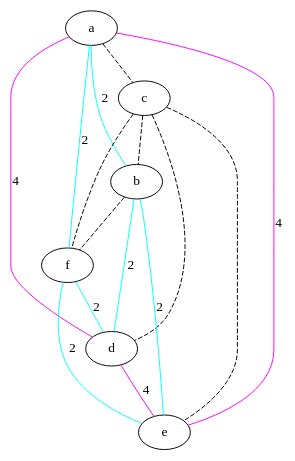
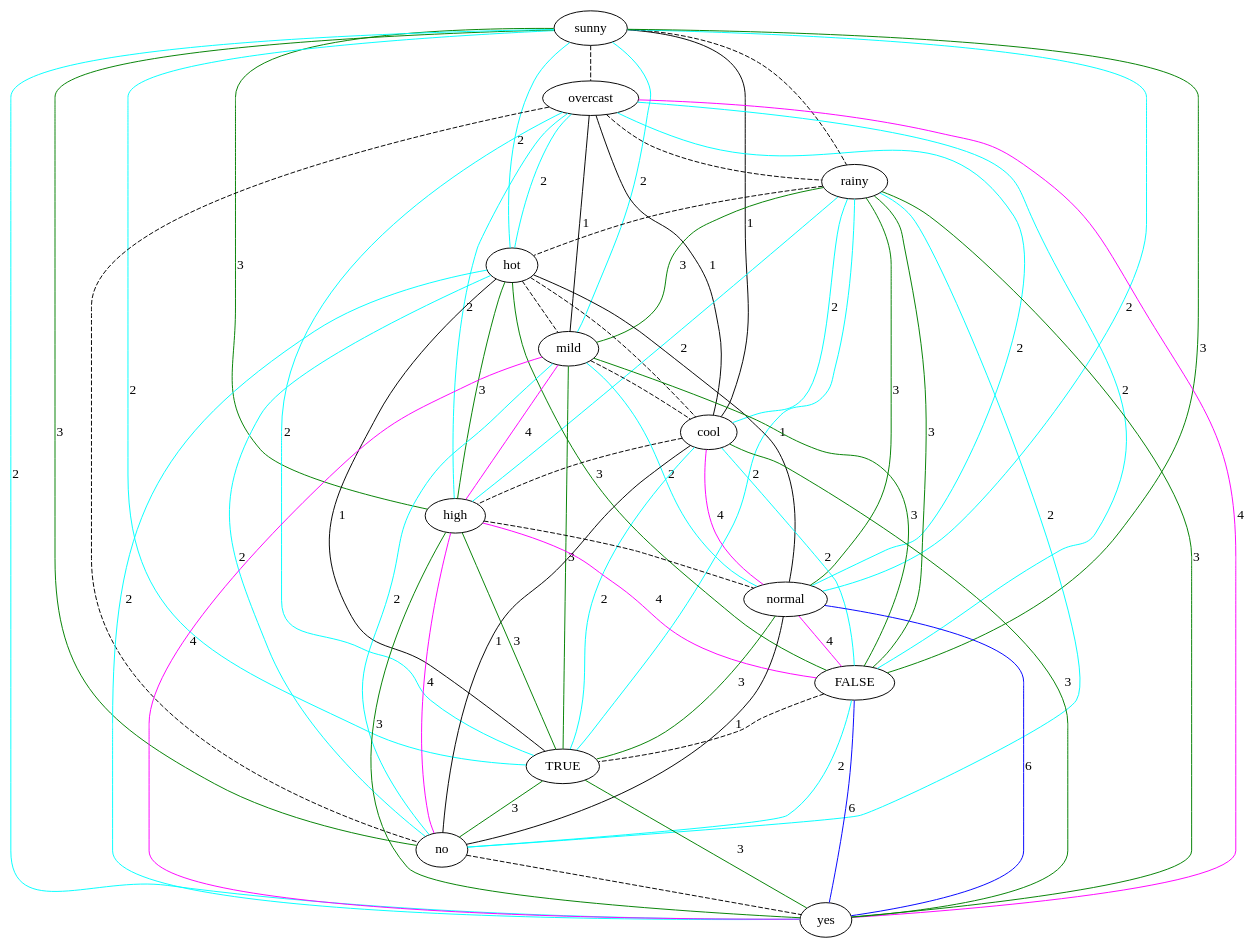
Before and after one commit to lrodrin/TFG: the diagram in src/final/linearGraph.dot, drawn with Graphviz. The commit also changed 2 other files, not shown here.

```diff
--- a/src/final/linearGraph.dot
+++ b/src/final/linearGraph.dot
@@ -1,23 +1,80 @@
 strict graph "" {
-a;
-c;
-b;
-f;
-d;
-e;
-a -- c  [color=black, style=dashed];
-a -- b  [color=cyan, label=2, style=solid];
-a -- f  [color=cyan, label=2, style=solid];
-a -- d  [color=magenta, label=4, style=solid];
-a -- e  [color=magenta, label=4, style=solid];
-c -- b  [color=black, style=dashed];
-c -- f  [color=black, style=dashed];
-c -- d  [color=black, style=dashed];
-c -- e  [color=black, style=dashed];
-b -- f  [color=black, style=dashed];
-b -- d  [color=cyan, label=2, style=solid];
-b -- e  [color=cyan, label=2, style=solid];
-f -- d  [color=cyan, label=2, style=solid];
-f -- e  [color=cyan, label=2, style=solid];
-d -- e  [color=magenta, label=4, style=solid];
+sunny;
+overcast;
+rainy;
+hot;
+mild;
+cool;
+high;
+normal;
+FALSE;
+TRUE;
+no;
+yes;
+sunny -- overcast  [color=black, style=dashed];
+sunny -- rainy  [color=black, style=dashed];
+sunny -- hot  [color=cyan, label=2, style=solid];
+sunny -- mild  [color=cyan, label=2, style=solid];
+sunny -- cool  [color=black, label=1, style=solid];
+sunny -- high  [color=green, label=3, style=solid];
+sunny -- normal  [color=cyan, label=2, style=solid];
+sunny -- FALSE  [color=green, label=3, style=solid];
+sunny -- TRUE  [color=cyan, label=2, style=solid];
+sunny -- no  [color=green, label=3, style=solid];
+sunny -- yes  [color=cyan, label=2, style=solid];
+overcast -- rainy  [color=black, style=dashed];
+overcast -- hot  [color=cyan, label=2, style=solid];
+overcast -- mild  [color=black, label=1, style=solid];
+overcast -- cool  [color=black, label=1, style=solid];
+overcast -- high  [color=cyan, label=2, style=solid];
+overcast -- normal  [color=cyan, label=2, style=solid];
+overcast -- FALSE  [color=cyan, label=2, style=solid];
+overcast -- TRUE  [color=cyan, label=2, style=solid];
+overcast -- no  [color=black, style=dashed];
+overcast -- yes  [color=magenta, label=4, style=solid];
+rainy -- hot  [color=black, style=dashed];
+rainy -- mild  [color=green, label=3, style=solid];
+rainy -- cool  [color=cyan, label=2, style=solid];
+rainy -- high  [color=cyan, label=2, style=solid];
+rainy -- normal  [color=green, label=3, style=solid];
+rainy -- FALSE  [color=green, label=3, style=solid];
+rainy -- TRUE  [color=cyan, label=2, style=solid];
+rainy -- no  [color=cyan, label=2, style=solid];
+rainy -- yes  [color=green, label=3, style=solid];
+hot -- mild  [color=black, style=dashed];
+hot -- cool  [color=black, style=dashed];
+hot -- high  [color=green, label=3, style=solid];
+hot -- normal  [color=black, label=1, style=solid];
+hot -- FALSE  [color=green, label=3, style=solid];
+hot -- TRUE  [color=black, label=1, style=solid];
+hot -- no  [color=cyan, label=2, style=solid];
+hot -- yes  [color=cyan, label=2, style=solid];
+mild -- cool  [color=black, style=dashed];
+mild -- high  [color=magenta, label=4, style=solid];
+mild -- normal  [color=cyan, label=2, style=solid];
+mild -- FALSE  [color=green, label=3, style=solid];
+mild -- TRUE  [color=green, label=3, style=solid];
+mild -- no  [color=cyan, label=2, style=solid];
+mild -- yes  [color=magenta, label=4, style=solid];
+cool -- high  [color=black, style=dashed];
+cool -- normal  [color=magenta, label=4, style=solid];
+cool -- FALSE  [color=cyan, label=2, style=solid];
+cool -- TRUE  [color=cyan, label=2, style=solid];
+cool -- no  [color=black, label=1, style=solid];
+cool -- yes  [color=green, label=3, style=solid];
+high -- normal  [color=black, style=dashed];
+high -- FALSE  [color=magenta, label=4, style=solid];
+high -- TRUE  [color=green, label=3, style=solid];
+high -- no  [color=magenta, label=4, style=solid];
+high -- yes  [color=green, label=3, style=solid];
+normal -- FALSE  [color=magenta, label=4, style=solid];
+normal -- TRUE  [color=green, label=3, style=solid];
+normal -- no  [color=black, label=1, style=solid];
+normal -- yes  [color=blue, label=6, style=solid];
+FALSE -- TRUE  [color=black, style=dashed];
+FALSE -- no  [color=cyan, label=2, style=solid];
+FALSE -- yes  [color=blue, label=6, style=solid];
+TRUE -- no  [color=green, label=3, style=solid];
+TRUE -- yes  [color=green, label=3, style=solid];
+no -- yes  [color=black, style=dashed];
 }
```
